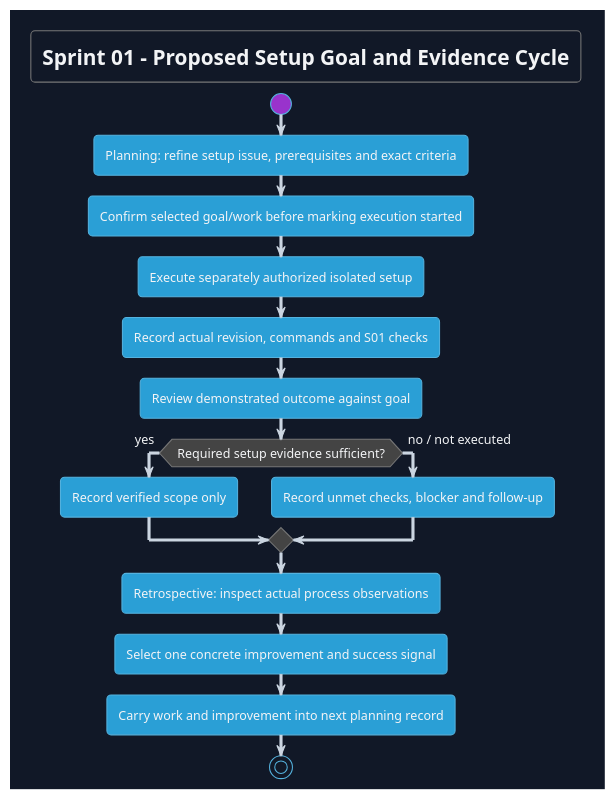
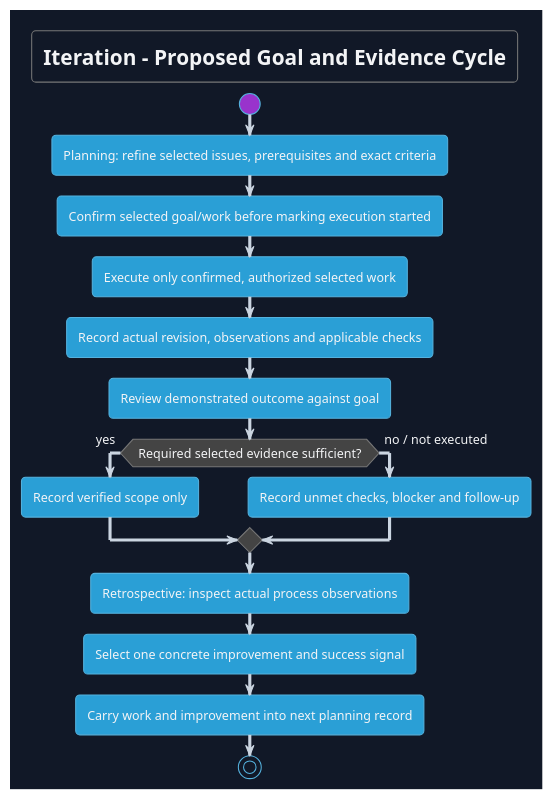
The diagram in Docs/SDLC/05-Agile-Iterative-Development/Sprints/Sprint-01/Diagrams/sprint01-evidence-cycle.puml (Farhad-V/Web-Resumefolio), drawn with PlantUML before and after one commit. The commit also changed 15 other files, not shown here.

```diff
--- a/Docs/SDLC/05-Agile-Iterative-Development/Sprints/Sprint-01/Diagrams/sprint01-evidence-cycle.puml
+++ b/Docs/SDLC/05-Agile-Iterative-Development/Sprints/Sprint-01/Diagrams/sprint01-evidence-cycle.puml
@@ -1,24 +1,24 @@
 @startuml
 !theme cyborg
 skinparam backgroundColor #111827
 skinparam defaultFontName Arial
 skinparam defaultFontColor #F3F4F6
 skinparam ArrowColor #CBD5E1
 skinparam shadowing false
-title Sprint 01 - Proposed Setup Goal and Evidence Cycle
+title Iteration - Proposed Goal and Evidence Cycle
 start
-:Planning: refine setup issue, prerequisites and exact criteria;
+:Planning: refine selected issues, prerequisites and exact criteria;
 :Confirm selected goal/work before marking execution started;
-:Execute separately authorized isolated setup;
-:Record actual revision, commands and S01 checks;
+:Execute only confirmed, authorized selected work;
+:Record actual revision, observations and applicable checks;
 :Review demonstrated outcome against goal;
-if (Required setup evidence sufficient?) then (yes)
+if (Required selected evidence sufficient?) then (yes)
  :Record verified scope only;
 else (no / not executed)
  :Record unmet checks, blocker and follow-up;
 endif
 :Retrospective: inspect actual process observations;
 :Select one concrete improvement and success signal;
 :Carry work and improvement into next planning record;
 stop
 @enduml
```
